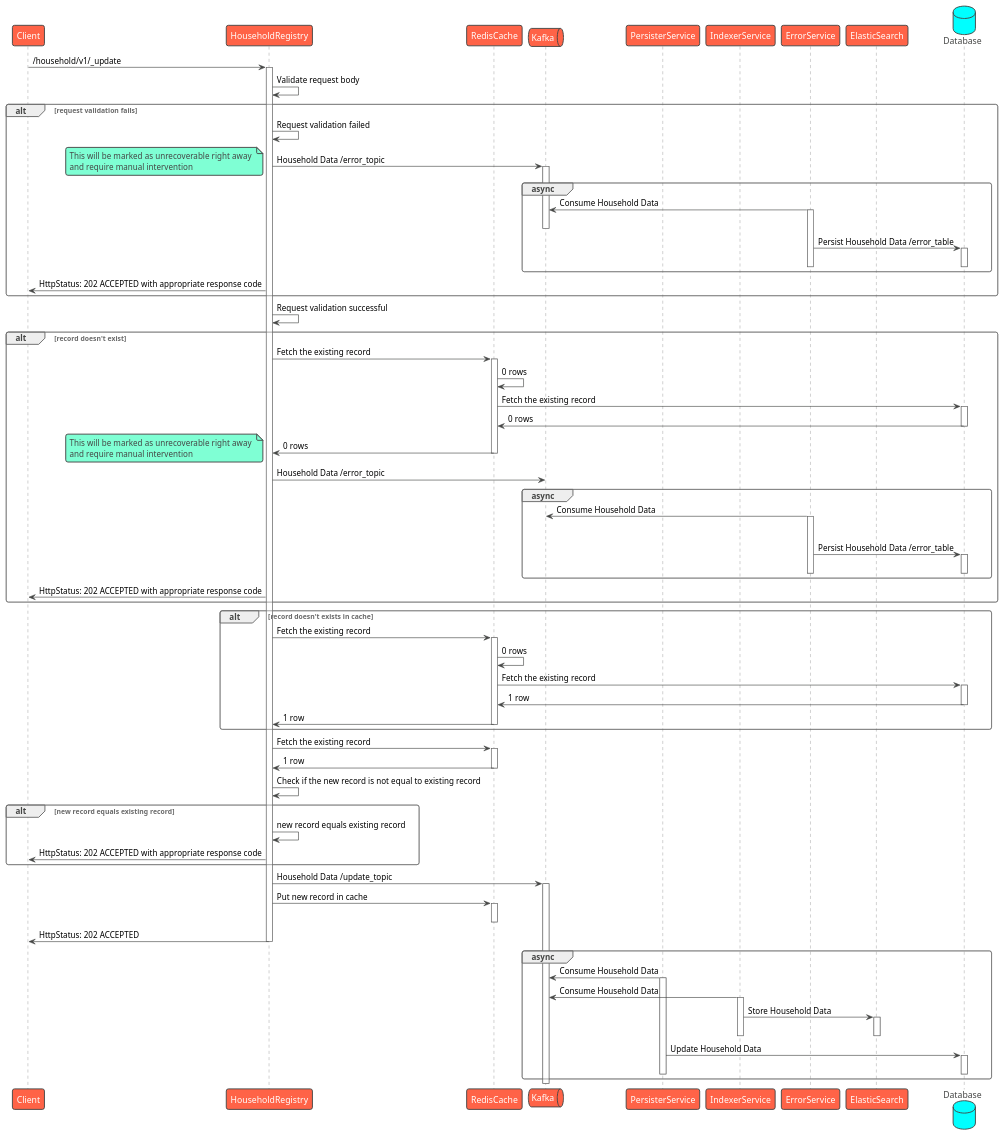
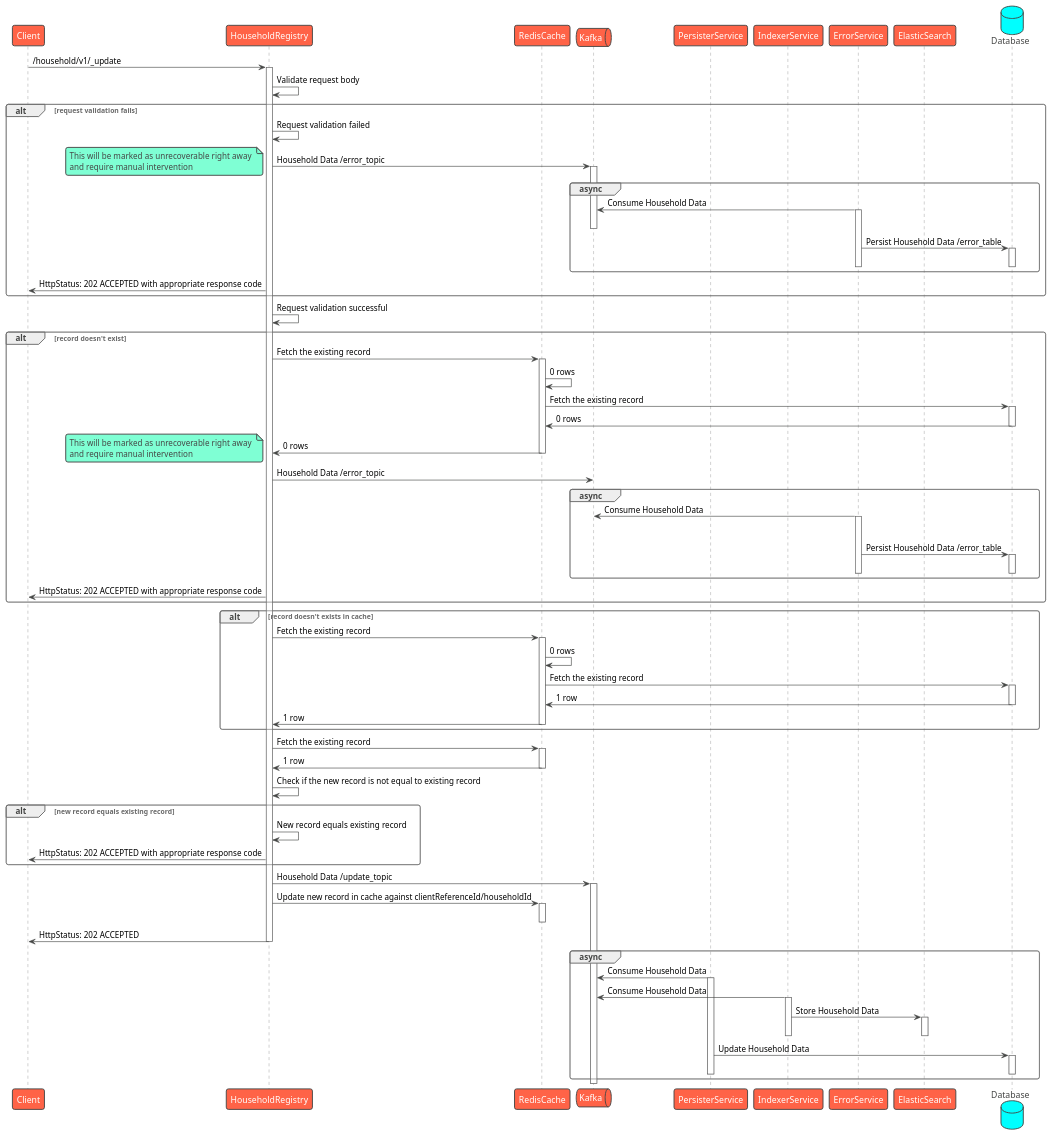
Before and after one commit to egovernments/health-api-specs: the diagram in contracts/registries/household/sequence/update.puml, drawn with PlantUML. The commit also changed 5 other files, not shown here.

Commit message:
Sequence: Replaced txnId with clientReferenceId

```diff
--- a/contracts/registries/household/sequence/update.puml
+++ b/contracts/registries/household/sequence/update.puml
@@ -1,103 +1,103 @@
 @startuml Household Registry - Update
 !theme vibrant
 participant Client as c
 participant HouseholdRegistry as hr
 participant RedisCache as rc
 queue Kafka as k
 participant PersisterService as prs
 participant IndexerService as idx
 participant ErrorService as es
 participant ElasticSearch as el
 database Database as db
 c -> hr : /household/v1/_update
 activate hr
 hr -> hr: Validate request body
 alt request validation fails
     hr -> hr: Request validation failed
     hr -> k: Household Data /error_topic
     note left
         This will be marked as unrecoverable right away 
         and require manual intervention
     end note
     activate k
     group async
         es -> k: Consume Household Data
         activate es
         deactivate k
         es -> db: Persist Household Data /error_table
         activate db
         deactivate db
         deactivate es
     end
     hr -> c: HttpStatus: 202 ACCEPTED with appropriate response code
 end
 hr -> hr: Request validation successful
 alt record doesn't exist
     hr -> rc: Fetch the existing record
     activate rc
     rc -> rc: 0 rows
     rc -> db: Fetch the existing record
     activate db
     db -> rc: 0 rows
     deactivate db
     rc -> hr: 0 rows
     deactivate rc
     note left
         This will be marked as unrecoverable right away 
         and require manual intervention
     end note
     hr -> k: Household Data /error_topic
     group async
         es -> k: Consume Household Data
         activate es
         deactivate k
         es -> db: Persist Household Data /error_table
         activate db
         deactivate db
         deactivate es
     end
     hr -> c: HttpStatus: 202 ACCEPTED with appropriate response code
 end
 alt record doesn't exists in cache
     hr -> rc: Fetch the existing record
     activate rc
     rc -> rc: 0 rows
     rc -> db: Fetch the existing record
     activate db
     db -> rc: 1 row
     deactivate db
     rc -> hr: 1 row
     deactivate rc
 end
 hr -> rc: Fetch the existing record
 activate rc
 rc -> hr: 1 row
 deactivate rc
 hr -> hr: Check if the new record is not equal to existing record
 alt new record equals existing record
-    hr -> hr: new record equals existing record
+    hr -> hr: New record equals existing record
     hr -> c: HttpStatus: 202 ACCEPTED with appropriate response code
 end
 hr -> k: Household Data /update_topic
 activate k
-hr -> rc: Put new record in cache
+hr -> rc: Update new record in cache against clientReferenceId/householdId
 activate rc
 deactivate rc
 hr -> c: HttpStatus: 202 ACCEPTED
 deactivate hr
 group async
     prs -> k: Consume Household Data
     activate prs
     idx -> k: Consume Household Data
     activate idx
     idx -> el: Store Household Data
     activate el
     deactivate el
     deactivate idx
     prs -> db: Update Household Data
     activate db
     deactivate db
     deactivate prs
 end
 deactivate k
 @enduml
```
